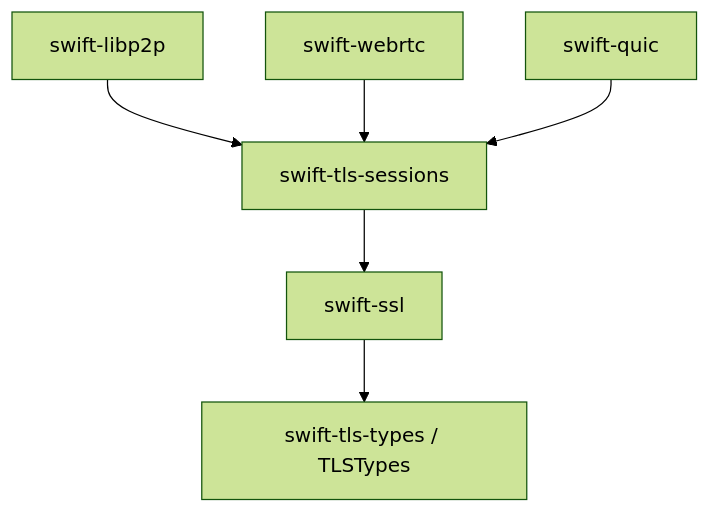
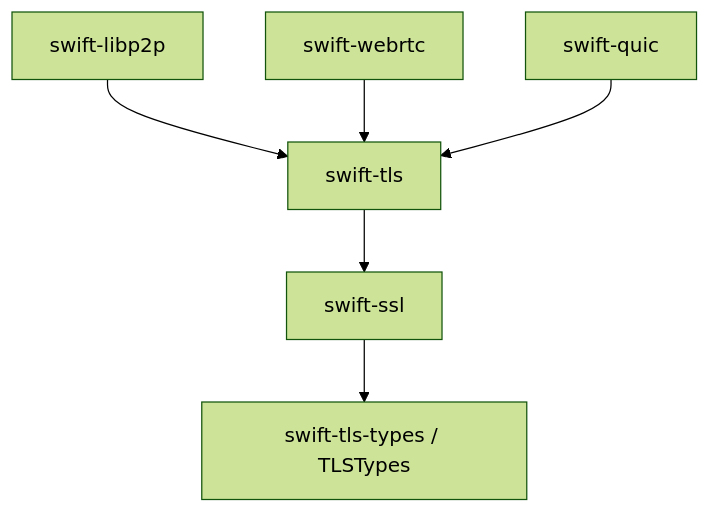
One commit to 1amageek/swift-tls changed the diagram in README.md. Above: the diagram before and after it, drawn with Mermaid (forest theme). The commit also changed other lines of this file and 2 other files, not shown here.

Commit message:
Restore canonical swift-tls package identity

````diff
--- a/README.md
+++ b/README.md
@@ -15,8 +15,8 @@
 ```mermaid
 flowchart TD
-    LibP2P["swift-libp2p"] --> Sessions["swift-tls-sessions"]
+    LibP2P["swift-libp2p"] --> Sessions["swift-tls"]
     WebRTC["swift-webrtc"] --> Sessions
     QUIC["swift-quic"] --> Sessions
     Sessions --> SSL["swift-ssl"]
     SSL --> Types["swift-tls-types / TLSTypes"]
 ```
````
